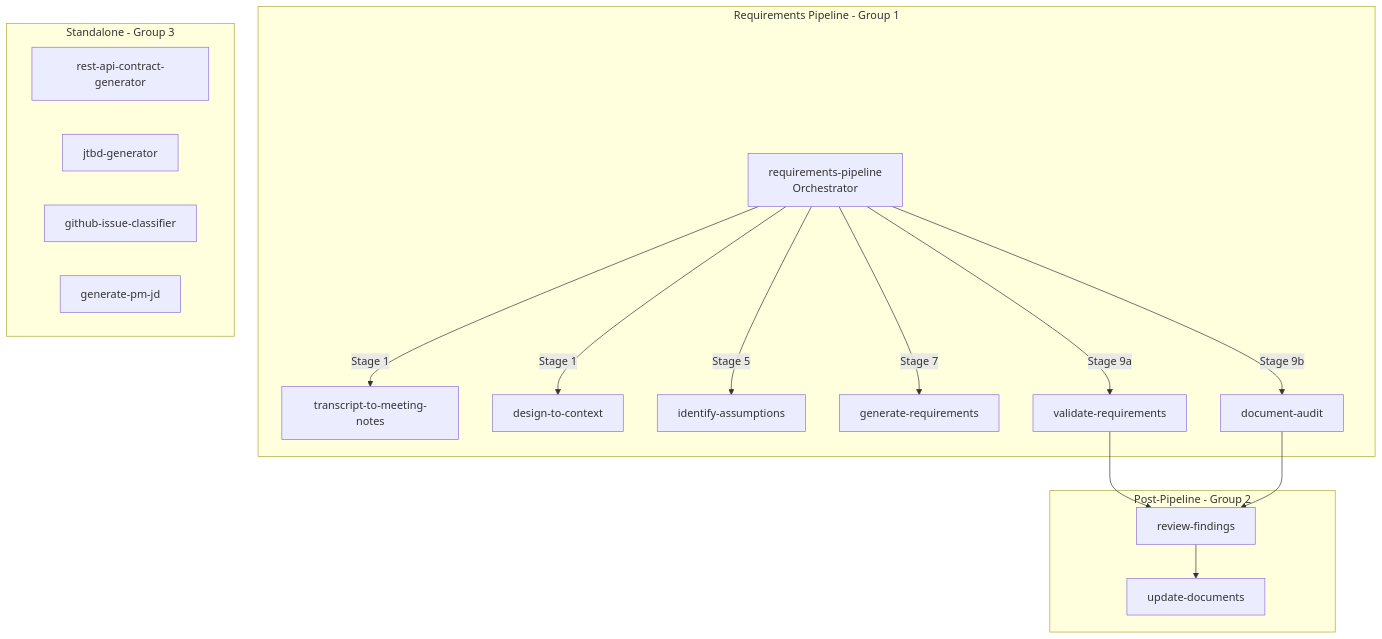
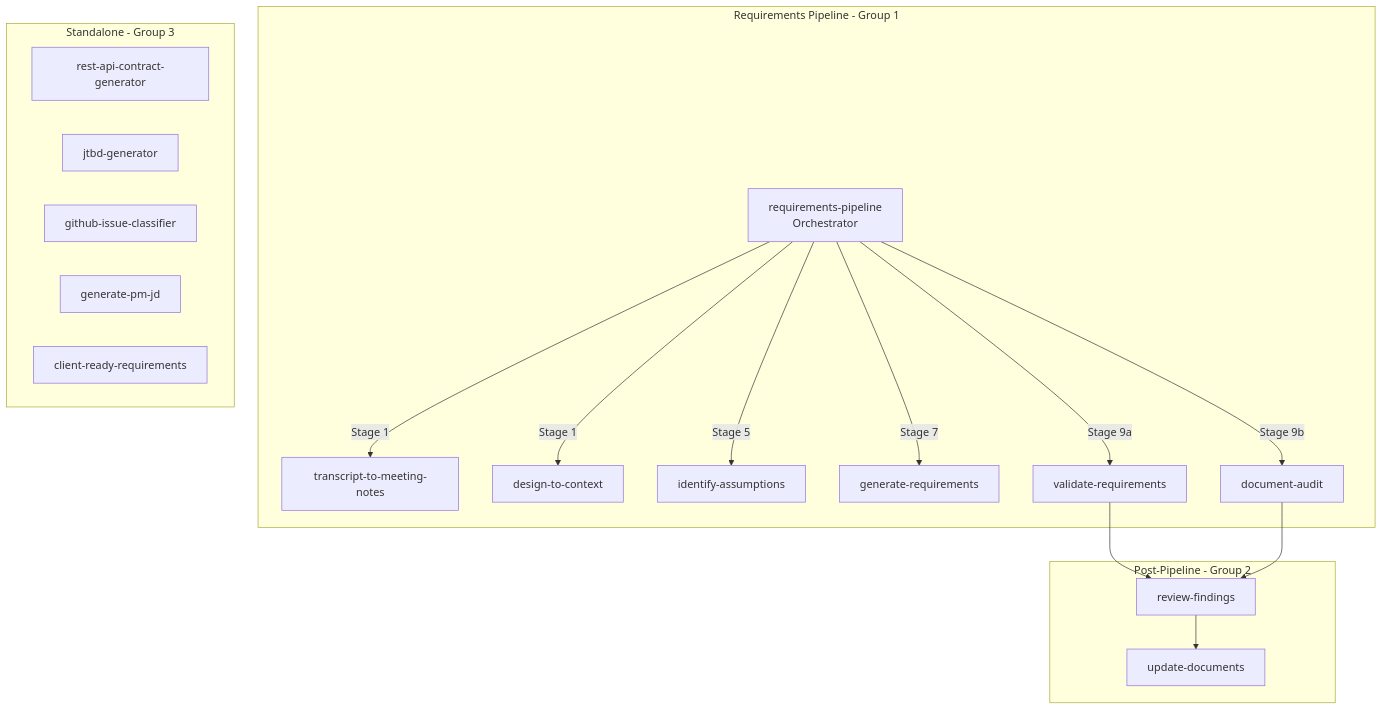
One commit to rushikeshpol02/ai-skills changed the fifth of 5 diagrams in docs/workflow-guide.md. Above: the diagram before and after it, drawn with Mermaid. The commit also changed other lines of this file and 3 other files, not shown here.

First line of the commit message:
Fix stale docs: add client-ready-requirements, update skill counts, sync behaviors

````diff
--- a/docs/workflow-guide.md
+++ b/docs/workflow-guide.md
@@ -172,35 +174,36 @@
 ```mermaid
 flowchart TD
     subgraph pipeline [Requirements Pipeline - Group 1]
         GDR[requirements-pipeline\nOrchestrator]
         TMN[transcript-to-meeting-notes]
         DTC[design-to-context]
         IA[identify-assumptions]
         GR[generate-requirements]
         VR[validate-requirements]
         DA[document-audit]
     end
 
     subgraph postpipeline [Post-Pipeline - Group 2]
         RF[review-findings]
         UD[update-documents]
     end
 
     subgraph standalone [Standalone - Group 3]
         RAC[rest-api-contract-generator]
         JTBD[jtbd-generator]
         GIC[github-issue-classifier]
         PMJ[generate-pm-jd]
+        CRR[client-ready-requirements]
     end
 
     GDR -->|"Stage 1"| TMN
     GDR -->|"Stage 1"| DTC
     GDR -->|"Stage 5"| IA
     GDR -->|"Stage 7"| GR
     GDR -->|"Stage 9a"| VR
     GDR -->|"Stage 9b"| DA
 
     VR --> RF
     DA --> RF
     RF --> UD
 ```
````
